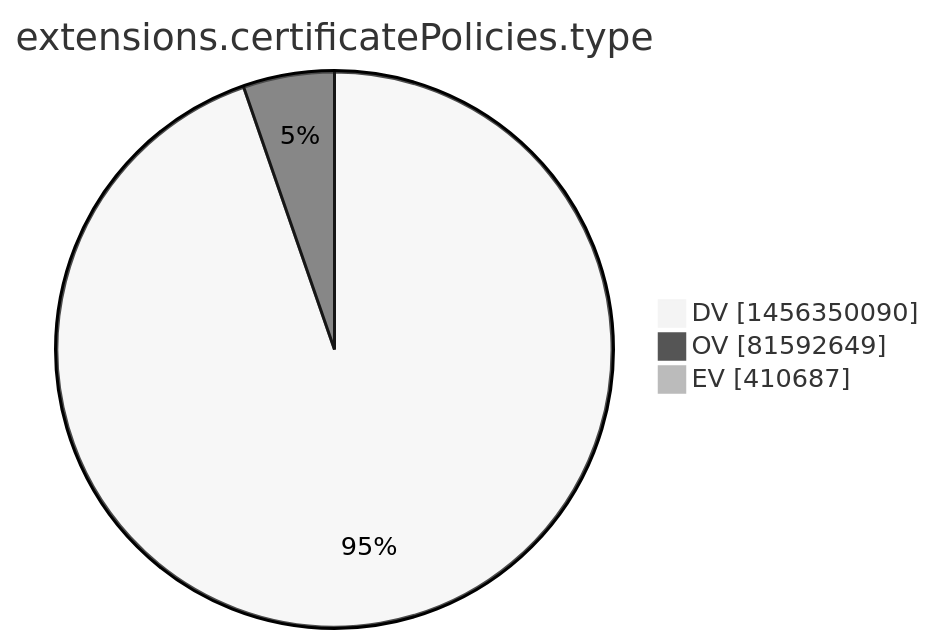
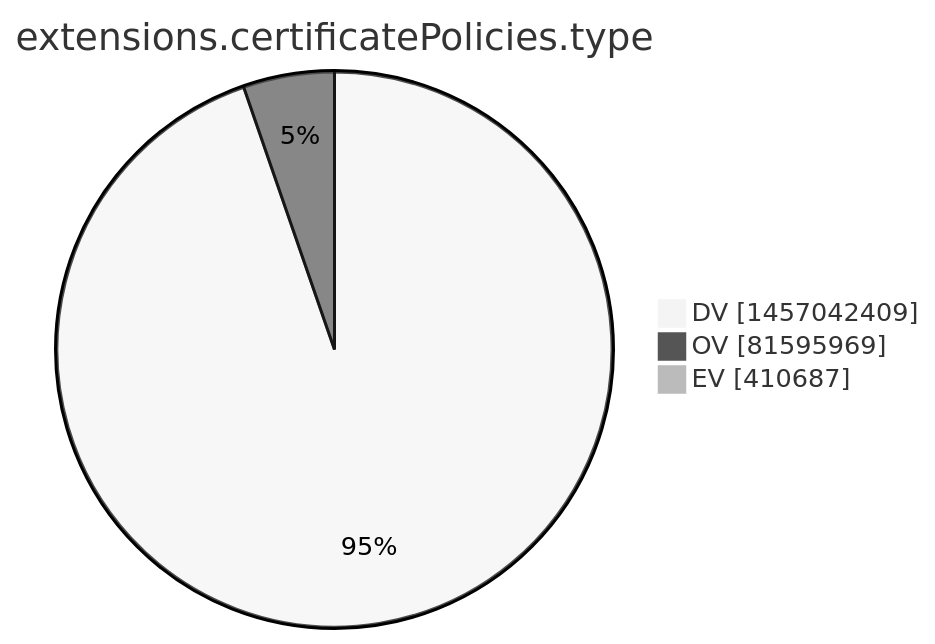
Before and after one commit to christiankrug/ctmonitor_visualization: the tenth of 15 diagrams in xenon2022/README.md, drawn with Mermaid (neutral theme). The commit also changed other lines of this file, not shown here.

````diff
--- a/xenon2022/README.md
+++ b/xenon2022/README.md
@@ -2870,7 +2870,7 @@
 ```mermaid
 pie showData
 title extensions.certificatePolicies.type
-"DV" :1456350090
-"OV" :81592649
+"DV" :1457042409
+"OV" :81595969
 "EV" :410687
 ```
````
